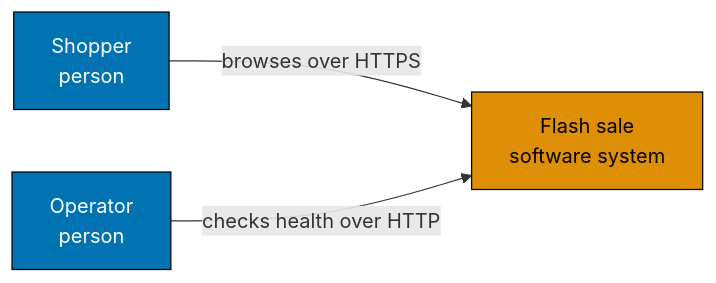
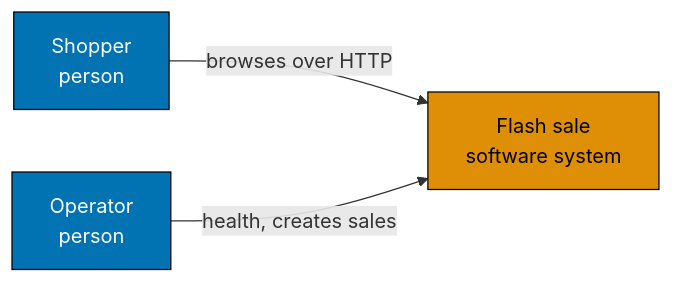
Before and after one commit to wahidyankf/coding-itv-js-flashsale: the diagram in specs/apps/flash/c4/context.md, drawn with Mermaid. The commit also changed other lines of this file and 20 other files, not shown here.

First line of the commit message:
docs: bring docs and specs up to date and add diagrams

````diff
--- a/specs/apps/flash/c4/context.md
+++ b/specs/apps/flash/c4/context.md
@@ -5,15 +5,15 @@
 ```mermaid
 flowchart LR
   accTitle: Flash sale system context
-  accDescr: A shopper uses the flash sale web app. An operator checks the health of the API directly. The flash sale product is the only system drawn; it needs nothing outside itself at runtime.
+  accDescr: A shopper uses the flash sale web app. An operator talks to the API directly to check its health and to create a sale. The flash sale product is the only system drawn; it needs nothing outside itself at runtime.
   shopper["Shopper<br/>person"]
   operator["Operator<br/>person"]
   system["Flash sale<br/>software system"]
-  shopper -->|browses over HTTPS| system
-  operator -->|checks health over HTTP| system
+  shopper -->|browses over HTTP| system
+  operator -->|health, creates sales| system
   classDef person fill:#0173B2,stroke:#000000,color:#FFFFFF
   classDef software fill:#DE8F05,stroke:#000000,color:#000000
   classDef default fill:#808080,stroke:#000000,color:#000000
   class shopper,operator person
   class system software
 ```
````
